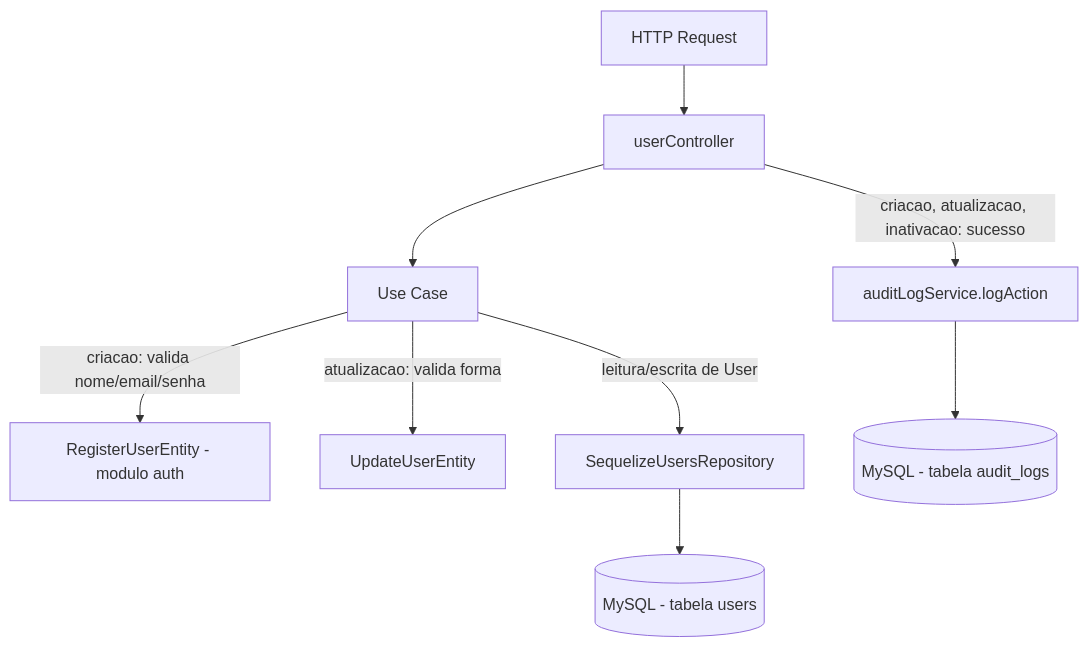
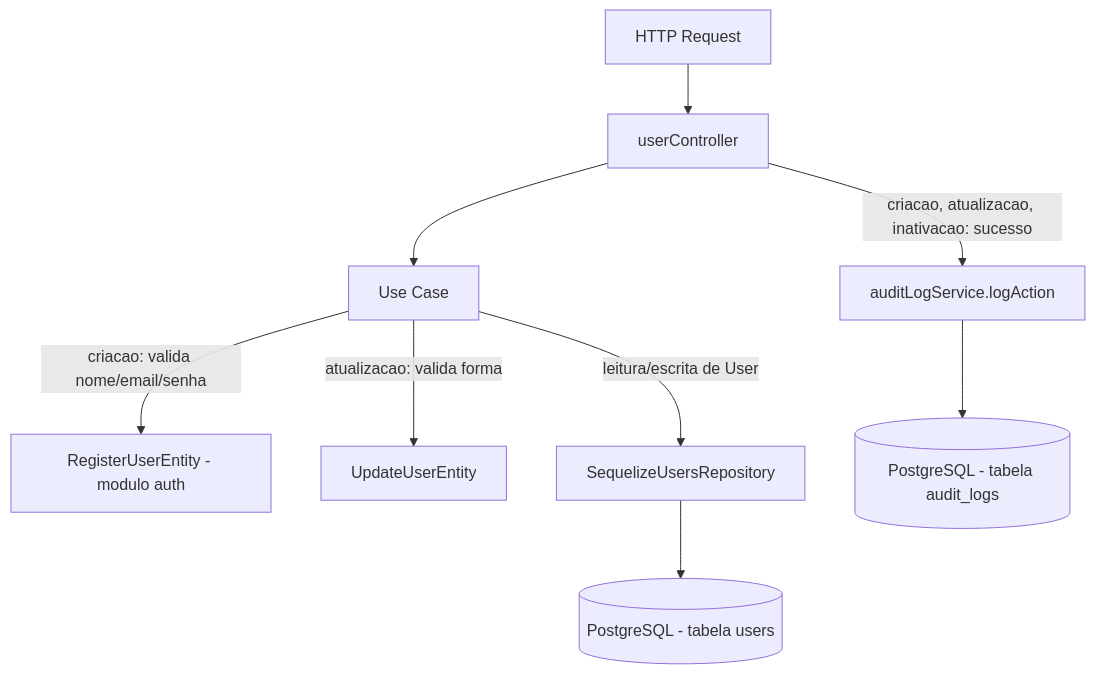
Before and after one commit to RomulosouzaEvok/ERP-EVOK-AUDIO-LTDA: the diagram in server/src/modules/users/README.md, drawn with Mermaid. The commit also changed other lines of this file and 452 other files, not shown here.

Commit message:
chore: consolidate TypeScript backend and Blackbox roadmap

````diff
--- a/server/src/modules/users/README.md
+++ b/server/src/modules/users/README.md
@@ -156,11 +156,11 @@
 ```mermaid
 flowchart TD
   A[HTTP Request] --> B[userController]
   B --> C[Use Case]
   C -->|criacao: valida nome/email/senha| D[RegisterUserEntity - modulo auth]
   C -->|atualizacao: valida forma| E[UpdateUserEntity]
   C -->|leitura/escrita de User| F[SequelizeUsersRepository]
-  F --> G[(MySQL - tabela users)]
+  F --> G[(PostgreSQL - tabela users)]
   B -->|criacao, atualizacao, inativacao: sucesso| H[auditLogService.logAction]
-  H --> I[(MySQL - tabela audit_logs)]
+  H --> I[(PostgreSQL - tabela audit_logs)]
 ```
````
